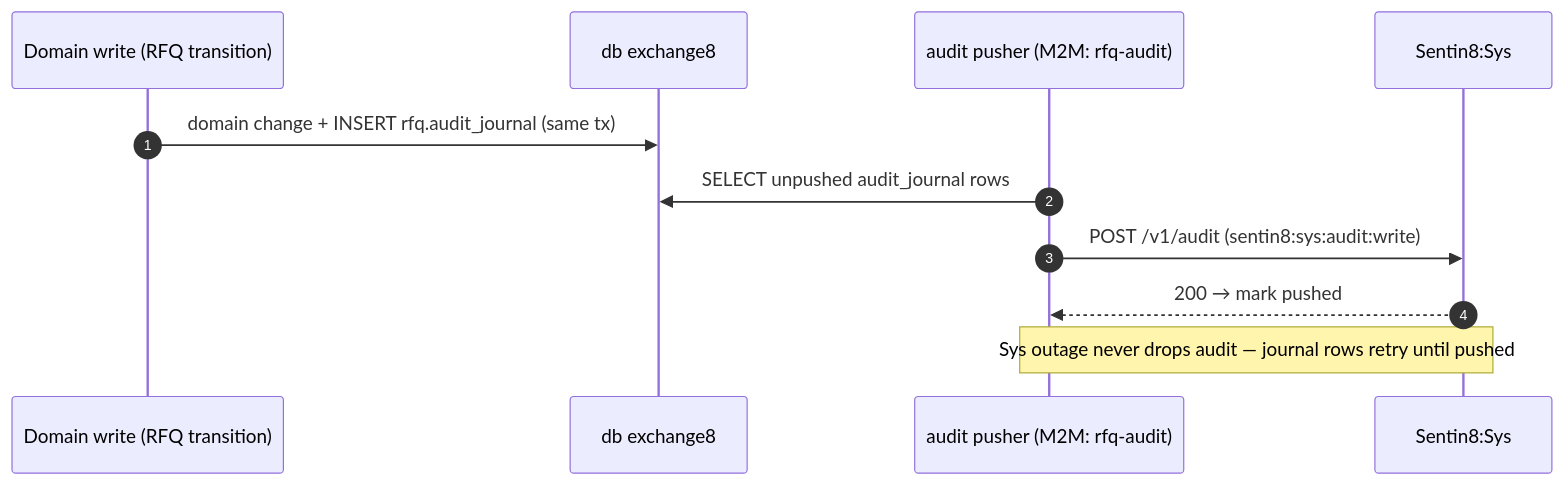
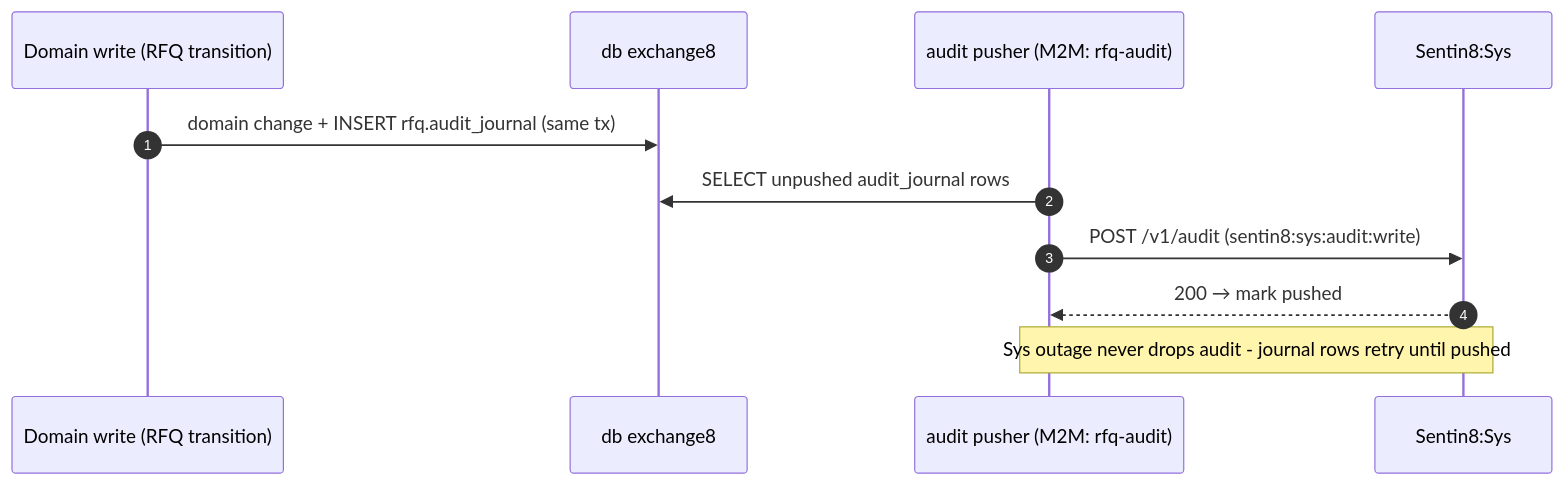
Before and after one commit to Exchange8-dev/exchange8-rfq: diagram 11 of 16 in DESIGN.md, drawn with Mermaid. The commit also changed other lines of this file and 15 other files, not shown here.

````diff
--- a/DESIGN.md
+++ b/DESIGN.md
@@ -476,14 +476,14 @@
 ```mermaid
 sequenceDiagram
     autonumber
     participant W as Domain write (RFQ transition)
     participant DB as db exchange8
     participant A as audit pusher (M2M: rfq-audit)
     participant S as Sentin8:Sys
 
     W->>DB: domain change + INSERT rfq.audit_journal (same tx)
     A->>DB: SELECT unpushed audit_journal rows
     A->>S: POST /v1/audit (sentin8:sys:audit:write)
     S-->>A: 200 → mark pushed
-    Note over A,S: Sys outage never drops audit — journal rows retry until pushed
+    Note over A,S: Sys outage never drops audit - journal rows retry until pushed
 ```
````
